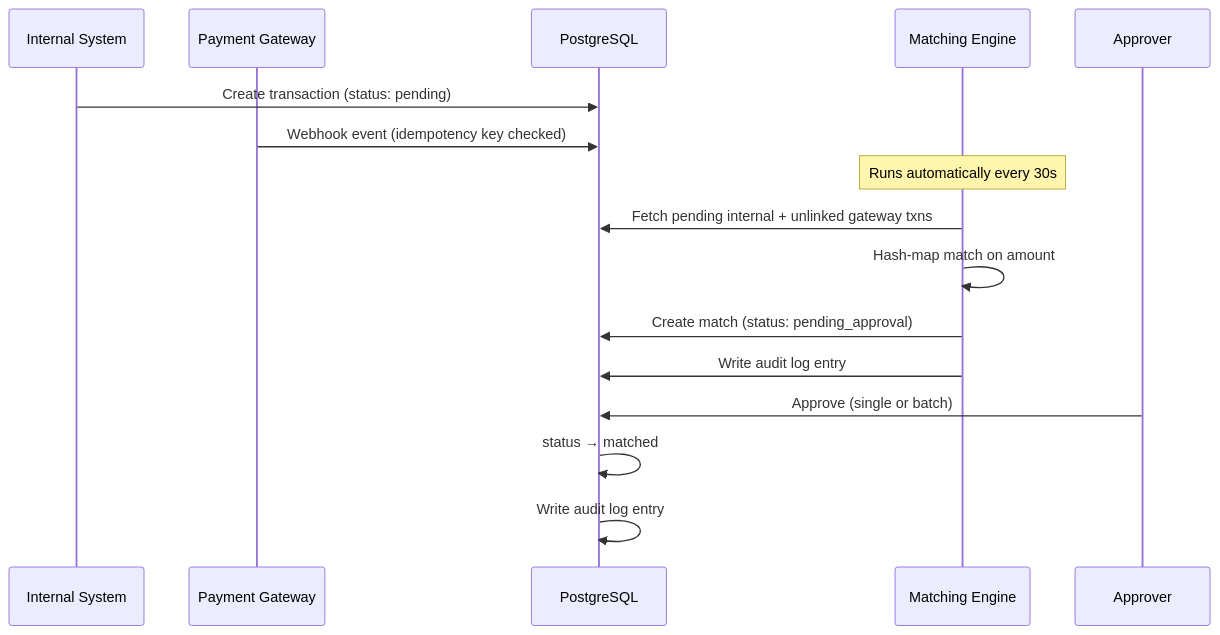
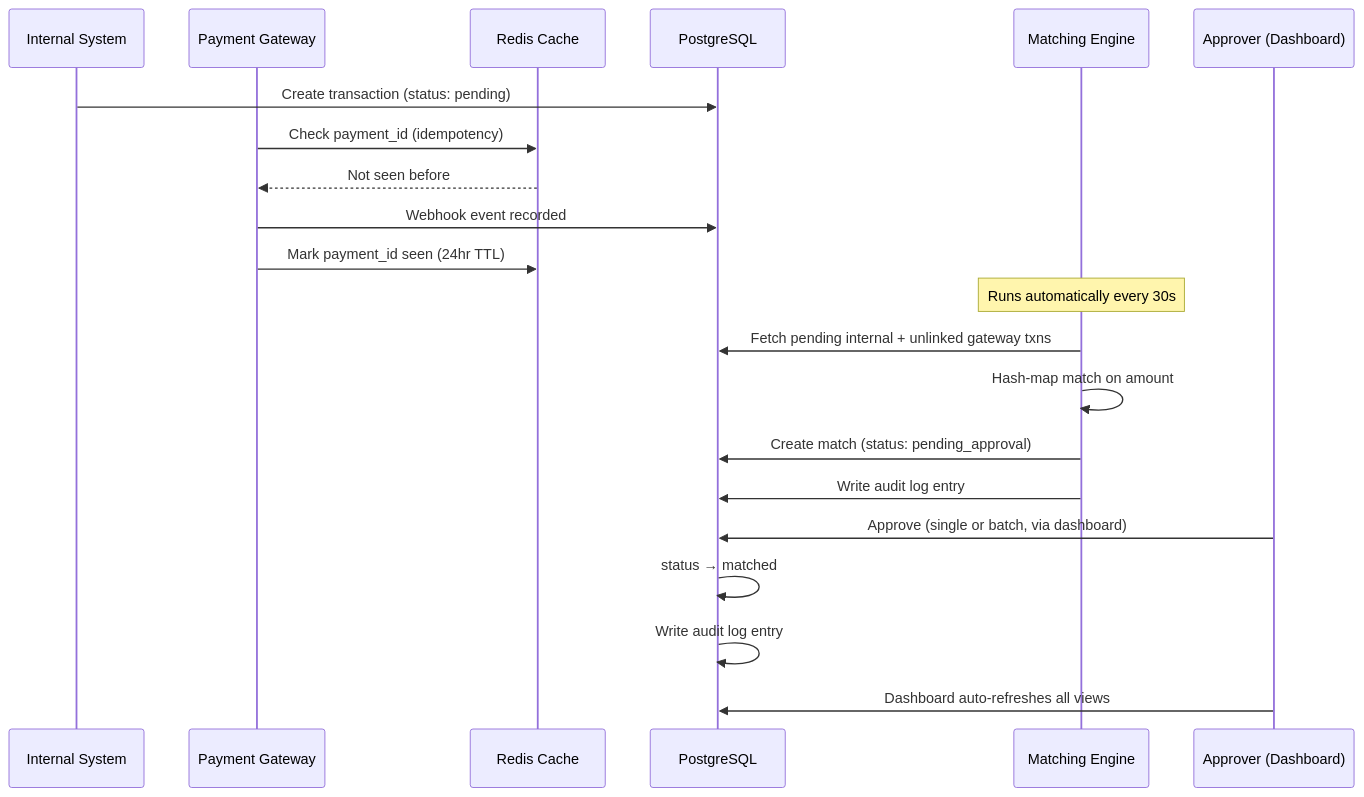
Before and after one commit to PushpendraXdev/advanced-payment-reconciliation: the second of 4 diagrams in README.md, drawn with Mermaid. The commit also changed other lines of this file, not shown here.

Commit message:
Update README with Redis, frontend dashboard, and final project state

````diff
--- a/README.md
+++ b/README.md
@@ -82,19 +87,24 @@
 ```mermaid
 sequenceDiagram
     participant Internal as Internal System
     participant Gateway as Payment Gateway
+    participant Redis as Redis Cache
     participant DB as PostgreSQL
     participant Engine as Matching Engine
-    participant Human as Approver
+    participant Human as Approver (Dashboard)
 
     Internal->>DB: Create transaction (status: pending)
-    Gateway->>DB: Webhook event (idempotency key checked)
+    Gateway->>Redis: Check payment_id (idempotency)
+    Redis-->>Gateway: Not seen before
+    Gateway->>DB: Webhook event recorded
+    Gateway->>Redis: Mark payment_id seen (24hr TTL)
     Note over Engine: Runs automatically every 30s
     Engine->>DB: Fetch pending internal + unlinked gateway txns
     Engine->>Engine: Hash-map match on amount
     Engine->>DB: Create match (status: pending_approval)
     Engine->>DB: Write audit log entry
-    Human->>DB: Approve (single or batch)
+    Human->>DB: Approve (single or batch, via dashboard)
     DB->>DB: status → matched
     DB->>DB: Write audit log entry
+    Human->>DB: Dashboard auto-refreshes all views
 ```
````
